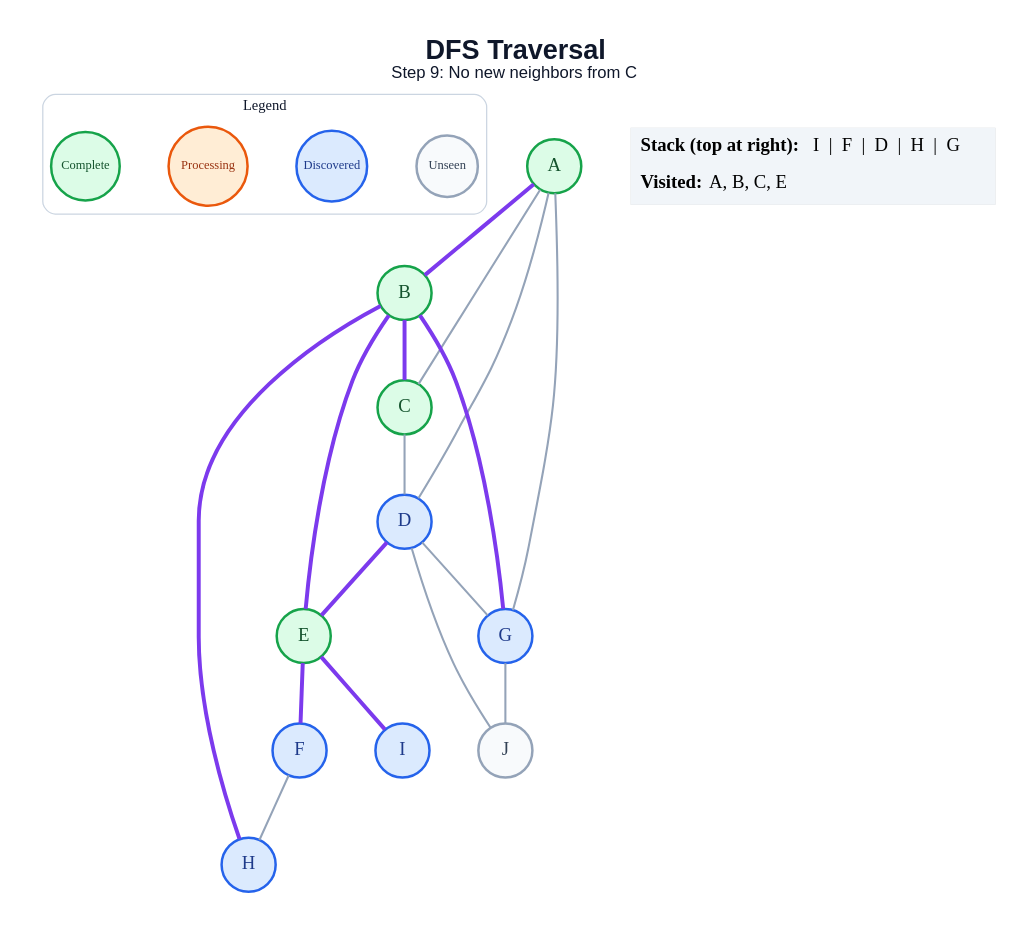
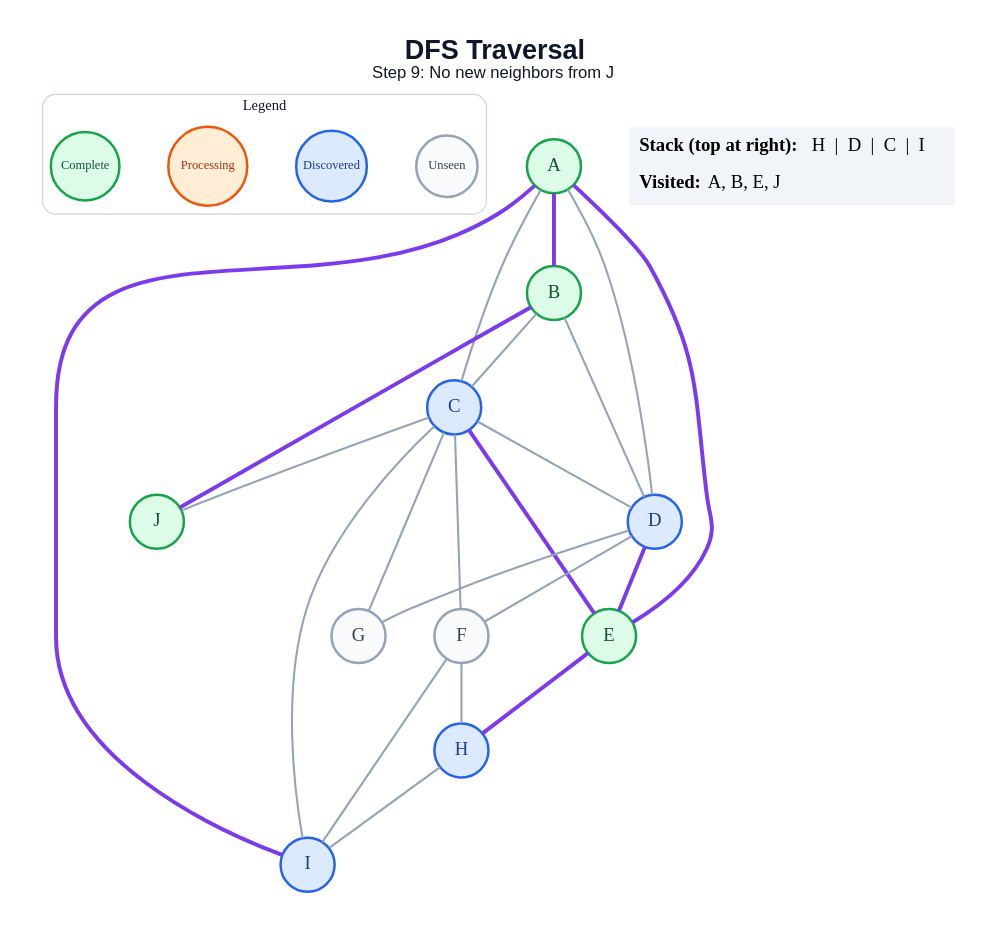
Before and after one commit to amanghodawala9/ai-slop: the diagram in generated/specific-node/dfs/step_09.dot, drawn with Graphviz. The commit also changed 178 other files, not shown here.

```diff
--- a/generated/specific-node/dfs/step_09.dot
+++ b/generated/specific-node/dfs/step_09.dot
@@ -1,45 +1,50 @@
 graph traversal {
   graph [layout=dot, rankdir=TB, bgcolor="#FFFFFF", pad="0.35", nodesep="0.65", ranksep="0.8", fontname="Arial"];
   node [shape=circle, style="filled", fontname="Arial Bold", fontsize=18, width=0.72, fixedsize=true, penwidth=2.4];
   edge [color="#94A3B8", penwidth=2.0];
-  label=<<B>DFS Traversal</B><BR/><FONT POINT-SIZE="16">Step 9: No new neighbors from C</FONT>>; labelloc="t"; fontsize=26; fontname="Arial"; fontcolor="#0F172A";
+  label=<<B>DFS Traversal</B><BR/><FONT POINT-SIZE="16">Step 9: No new neighbors from J</FONT>>; labelloc="t"; fontsize=26; fontname="Arial"; fontcolor="#0F172A";
   subgraph cluster_legend { label="Legend"; color="#CBD5E1"; penwidth=1.2; style="rounded"; fontsize=14; fontname="Arial Bold";
     key_unseen [label="Unseen", fillcolor="#F8FAFC", color="#94A3B8", fontcolor="#334155", fontsize=12, width=0.82];
     key_frontier [label="Discovered", fillcolor="#DBEAFE", color="#2563EB", fontcolor="#1E3A8A", fontsize=12, width=0.95];
     key_current [label="Processing", fillcolor="#FFEDD5", color="#EA580C", fontcolor="#9A3412", fontsize=12, width=1.05];
     key_done [label="Complete", fillcolor="#DCFCE7", color="#16A34A", fontcolor="#14532D", fontsize=12, width=0.92];
     { rank=same; key_unseen; key_frontier; key_current; key_done; }
   }
   A [fillcolor="#DCFCE7", color="#16A34A", fontcolor="#14532D"];
   B [fillcolor="#DCFCE7", color="#16A34A", fontcolor="#14532D"];
-  C [fillcolor="#DCFCE7", color="#16A34A", fontcolor="#14532D"];
+  C [fillcolor="#DBEAFE", color="#2563EB", fontcolor="#1E3A8A"];
   D [fillcolor="#DBEAFE", color="#2563EB", fontcolor="#1E3A8A"];
   E [fillcolor="#DCFCE7", color="#16A34A", fontcolor="#14532D"];
-  F [fillcolor="#DBEAFE", color="#2563EB", fontcolor="#1E3A8A"];
-  G [fillcolor="#DBEAFE", color="#2563EB", fontcolor="#1E3A8A"];
+  F [fillcolor="#F8FAFC", color="#94A3B8", fontcolor="#334155"];
+  G [fillcolor="#F8FAFC", color="#94A3B8", fontcolor="#334155"];
   H [fillcolor="#DBEAFE", color="#2563EB", fontcolor="#1E3A8A"];
   I [fillcolor="#DBEAFE", color="#2563EB", fontcolor="#1E3A8A"];
-  J [fillcolor="#F8FAFC", color="#94A3B8", fontcolor="#334155"];
+  J [fillcolor="#DCFCE7", color="#16A34A", fontcolor="#14532D"];
   A -- B [color="#7C3AED", penwidth=3.8];
   A -- C;
   A -- D;
-  A -- G;
-  B -- C [color="#7C3AED", penwidth=3.8];
-  B -- E [color="#7C3AED", penwidth=3.8];
-  B -- G [color="#7C3AED", penwidth=3.8];
-  B -- H [color="#7C3AED", penwidth=3.8];
+  A -- E [color="#7C3AED", penwidth=3.8];
+  A -- I [color="#7C3AED", penwidth=3.8];
+  B -- C;
+  B -- D;
+  B -- J [color="#7C3AED", penwidth=3.8];
   C -- D;
+  C -- E [color="#7C3AED", penwidth=3.8];
+  C -- F;
+  C -- G;
+  C -- I;
+  C -- J;
   D -- E [color="#7C3AED", penwidth=3.8];
+  D -- F;
   D -- G;
-  D -- J;
-  E -- F [color="#7C3AED", penwidth=3.8];
-  E -- I [color="#7C3AED", penwidth=3.8];
+  E -- H [color="#7C3AED", penwidth=3.8];
   F -- H;
-  G -- J;
+  F -- I;
+  H -- I;
   status [shape=plain, fixedsize=false, width=0, height=0, margin=0, label=<
     <TABLE BORDER="0" CELLBORDER="0" CELLPADDING="7" BGCOLOR="#F1F5F9">
-      <TR><TD ALIGN="LEFT"><B>Stack (top at right):</B> I  |  F  |  D  |  H  |  G</TD></TR>
-      <TR><TD ALIGN="LEFT"><B>Visited:</B> A, B, C, E</TD></TR>
+      <TR><TD ALIGN="LEFT"><B>Stack (top at right):</B> H  |  D  |  C  |  I</TD></TR>
+      <TR><TD ALIGN="LEFT"><B>Visited:</B> A, B, E, J</TD></TR>
     </TABLE>
   >];
 }
```
